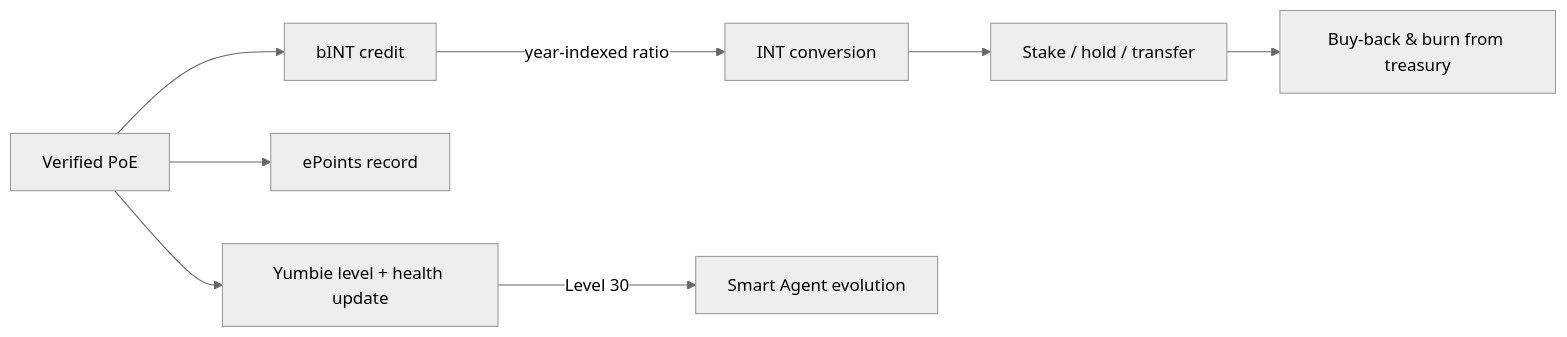
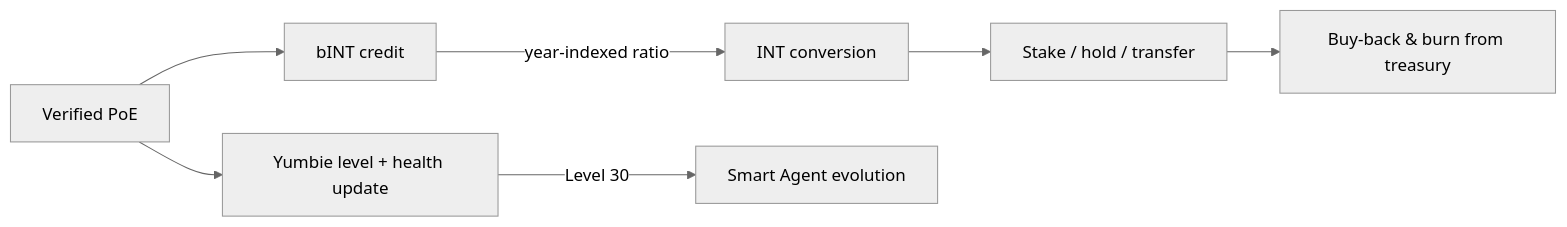
The third of 3 diagrams in content/whitepaper/en/contribution-economy-and-token-design.md (Yumo-Yumo-Inc/yumoyumohq), drawn with Mermaid (neutral theme) before and after one commit. The commit also changed other lines of this file and 1048 other files, not shown here.

````diff
--- a/content/whitepaper/en/contribution-economy-and-token-design.md
+++ b/content/whitepaper/en/contribution-economy-and-token-design.md
@@ -102,10 +101,9 @@
 ```mermaid
 flowchart LR
     A[Verified PoE] --> B[bINT credit]
-    A --> C[ePoints record]
-    A --> D[Yumbie level + health update]
-    B -->|year-indexed ratio| E[INT conversion]
-    E --> F[Stake / hold / transfer]
-    D -->|Level 30| G[Smart Agent evolution]
-    F --> H[Buy-back & burn from treasury]
+    A --> C[Yumbie level + health update]
+    B -->|year-indexed ratio| D[INT conversion]
+    D --> E[Stake / hold / transfer]
+    C -->|Level 30| F[Smart Agent evolution]
+    E --> G[Buy-back & burn from treasury]
 ```
````
